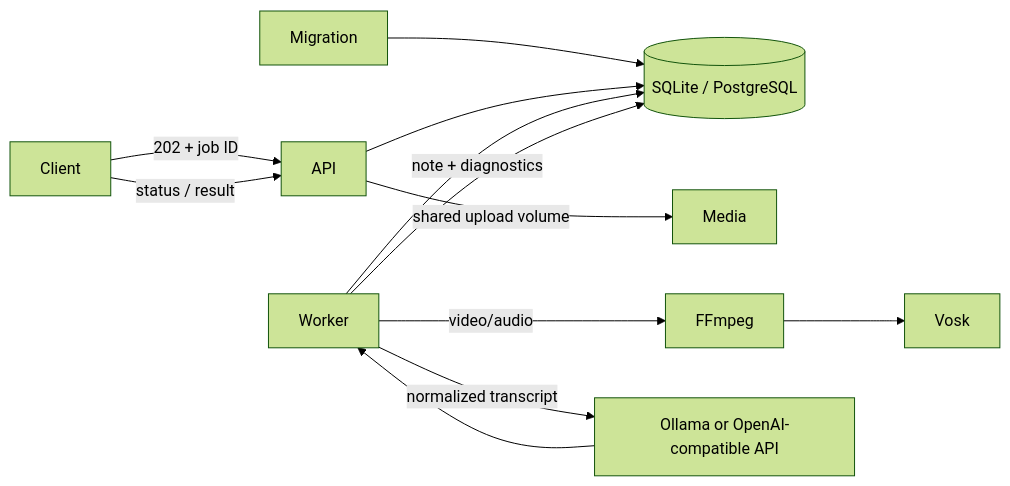
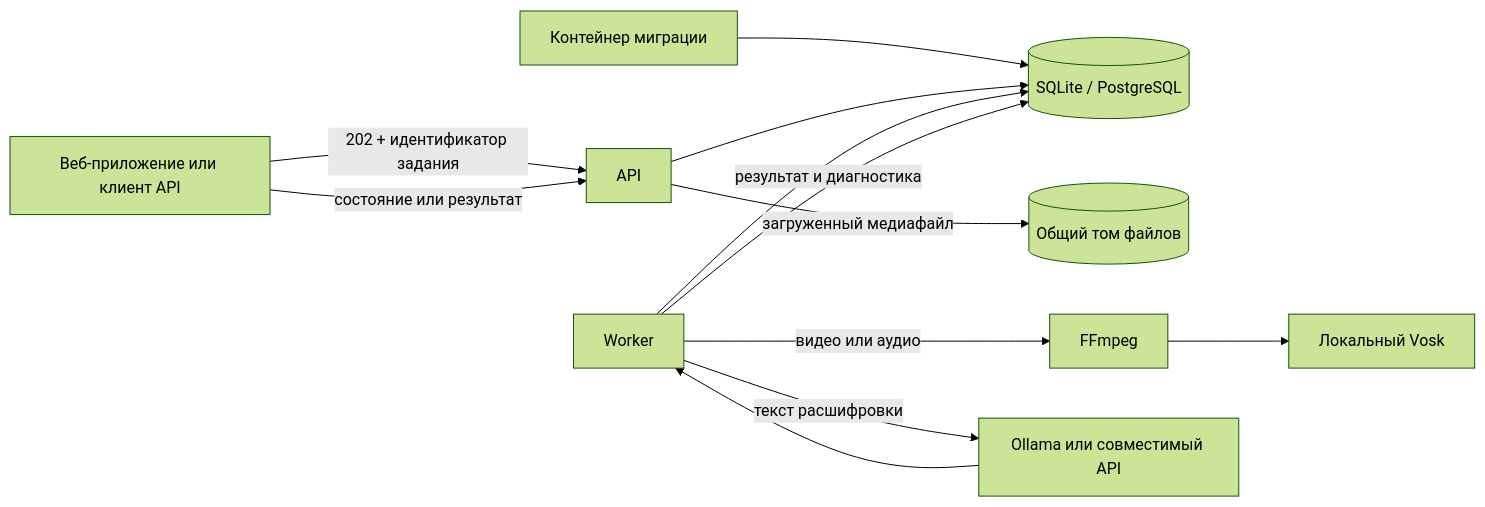
Before and after one commit to GadXx/konspekAI: the diagram in docs/architecture.md, drawn with Mermaid (forest theme). The commit also changed other lines of this file and 19 other files, not shown here.

````diff
--- a/docs/architecture.md
+++ b/docs/architecture.md
@@ -3,14 +3,14 @@
 ```mermaid
 flowchart LR
-    Client -->|202 + job ID| API
-    Migration --> DB[(SQLite / PostgreSQL)]
-    API --> DB[(SQLite / PostgreSQL)]
-    API -->|shared upload volume| Media
+    Client[Веб-приложение или клиент API] -->|202 + идентификатор задания| API
+    Migration[Контейнер миграции] --> DB[(SQLite / PostgreSQL)]
+    API --> DB
+    API -->|загруженный медиафайл| Uploads[(Общий том файлов)]
     Worker --> DB
-    Worker -->|video/audio| FFmpeg
-    FFmpeg --> Vosk
-    Worker -->|normalized transcript| LLM[Ollama or OpenAI-compatible API]
+    Worker -->|видео или аудио| FFmpeg
+    FFmpeg --> Vosk[Локальный Vosk]
+    Worker -->|текст расшифровки| LLM[Ollama или совместимый API]
     LLM --> Worker
-    Worker -->|note + diagnostics| DB
-    Client -->|status / result| API
+    Worker -->|результат и диагностика| DB
+    Client -->|состояние или результат| API
 ```
````
